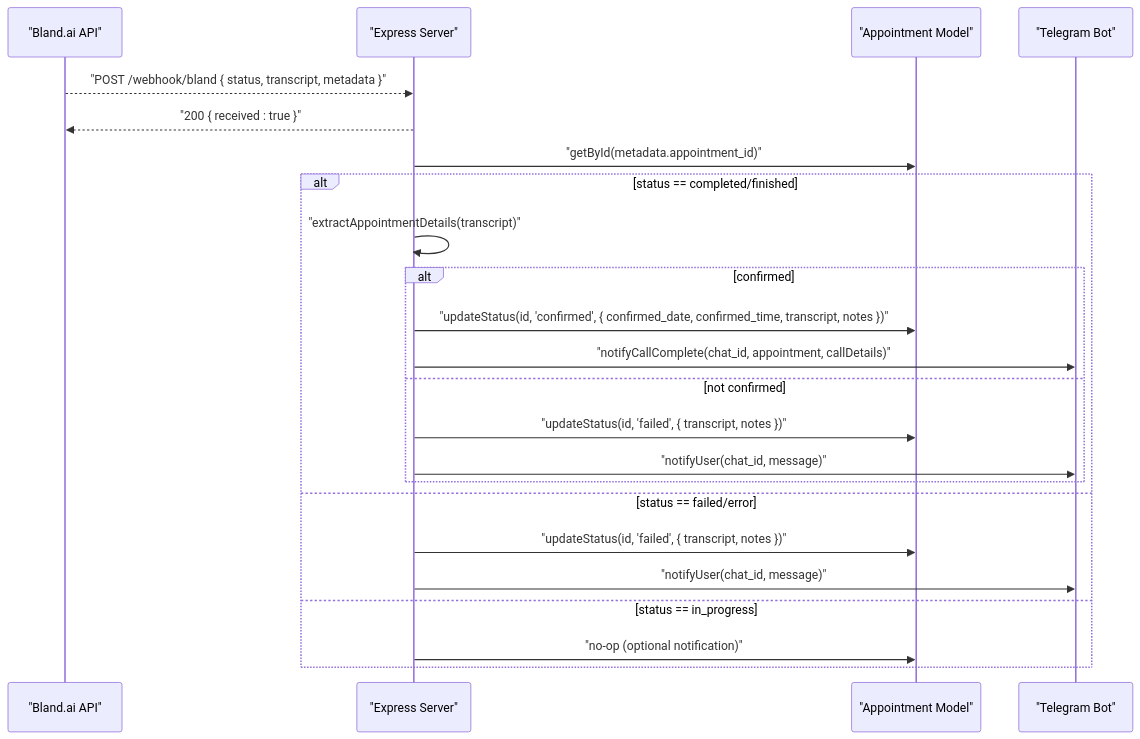
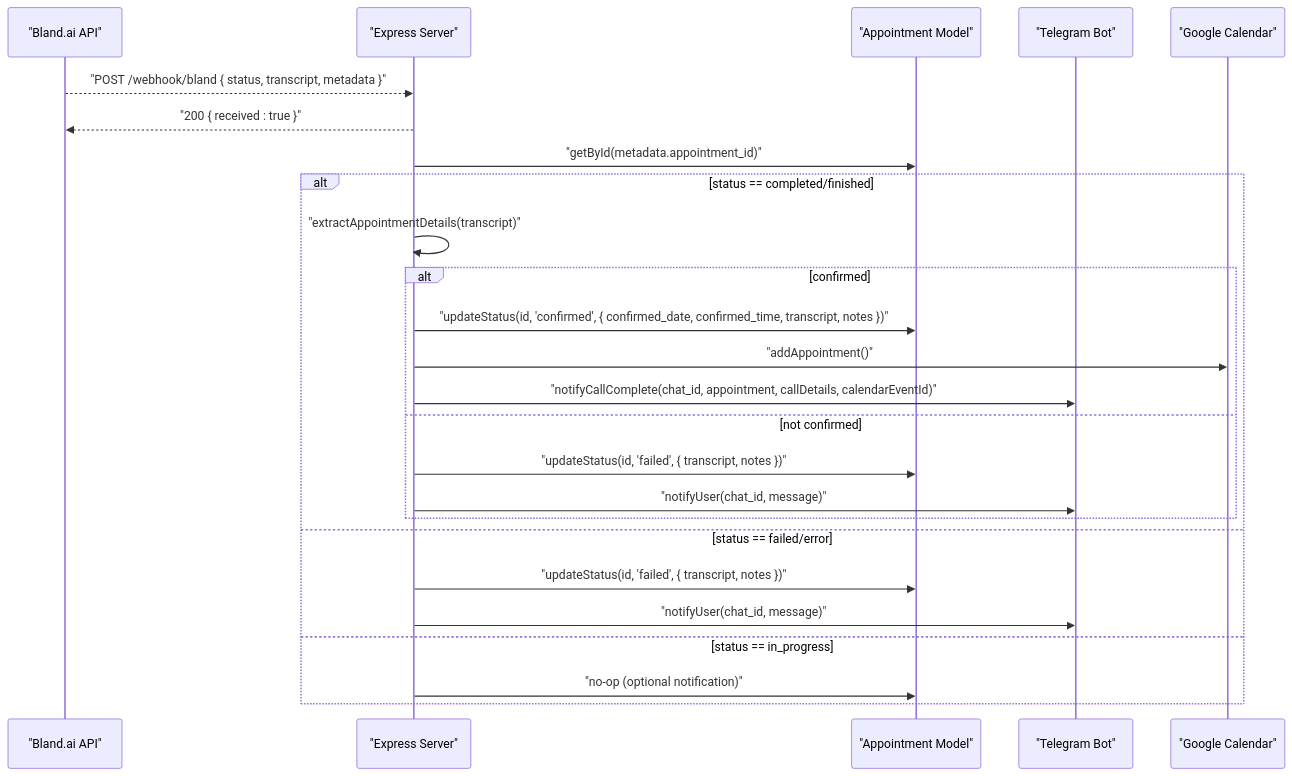
One commit to Armanda888/appointment-voice-agent changed the sixth of 8 diagrams in .qoder/repowiki/en/content/Core Components/Voice Service Integration.md. Above: the diagram before and after it, drawn with Mermaid. The commit also changed other lines of this file and 10 other files, not shown here.

````diff
--- a/.qoder/repowiki/en/content/Core Components/Voice Service Integration.md
+++ b/.qoder/repowiki/en/content/Core Components/Voice Service Integration.md
@@ -261,25 +291,27 @@
 ```mermaid
 sequenceDiagram
 participant API as "Bland.ai API"
 participant Server as "Express Server"
 participant DB as "Appointment Model"
 participant Bot as "Telegram Bot"
+participant Calendar as "Google Calendar"
 API-->>Server : "POST /webhook/bland { status, transcript, metadata }"
 Server-->>API : "200 { received : true }"
 Server->>DB : "getById(metadata.appointment_id)"
 alt status == completed/finished
 Server->>Server : "extractAppointmentDetails(transcript)"
 alt confirmed
 Server->>DB : "updateStatus(id, 'confirmed', { confirmed_date, confirmed_time, transcript, notes })"
-Server->>Bot : "notifyCallComplete(chat_id, appointment, callDetails)"
+Server->>Calendar : "addAppointment()"
+Server->>Bot : "notifyCallComplete(chat_id, appointment, callDetails, calendarEventId)"
 else not confirmed
 Server->>DB : "updateStatus(id, 'failed', { transcript, notes })"
 Server->>Bot : "notifyUser(chat_id, message)"
 end
 else status == failed/error
 Server->>DB : "updateStatus(id, 'failed', { transcript, notes })"
 Server->>Bot : "notifyUser(chat_id, message)"
 else status == in_progress
 Server->>DB : "no-op (optional notification)"
 end
 ```
````
